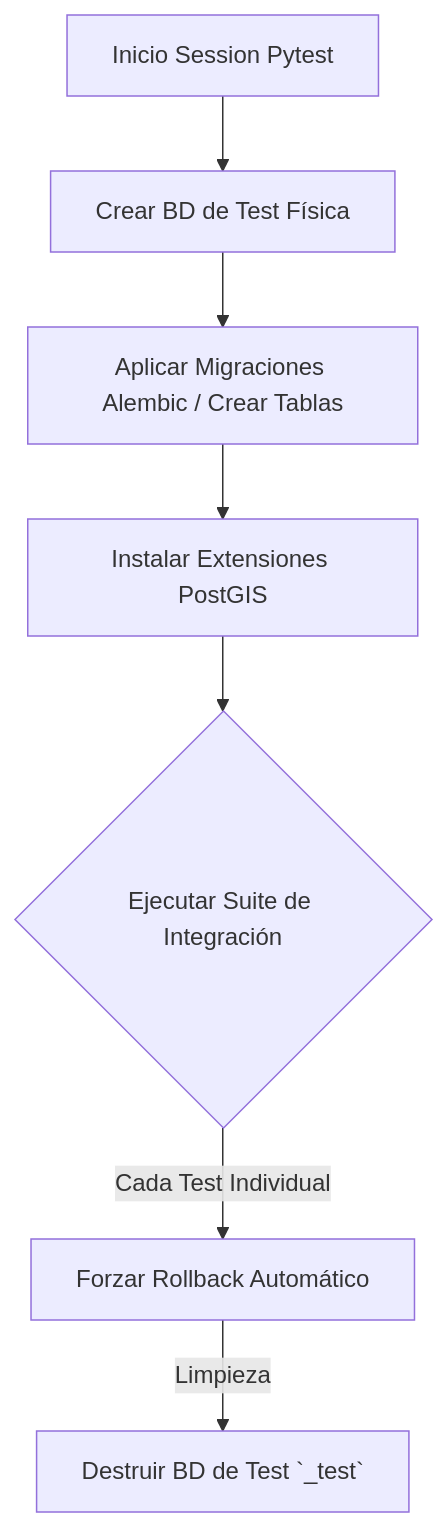
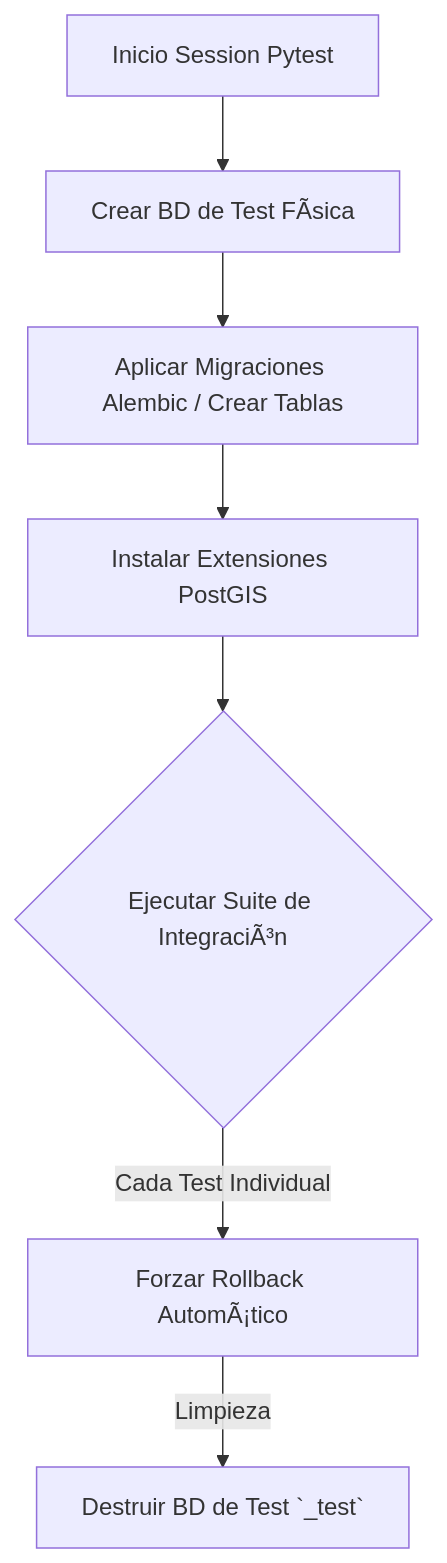
Before and after one commit to escarabajo-rinoceronte/gestor-tareas-pruebas: the diagram in tests-docs/01-plan-de-pruebas/05-plan-pruebas-integracion/infraestructura-entorno.md, drawn with Mermaid. The commit also changed other lines of this file and 39 other files, not shown here.

````diff
--- a/tests-docs/01-plan-de-pruebas/05-plan-pruebas-integracion/infraestructura-entorno.md
+++ b/tests-docs/01-plan-de-pruebas/05-plan-pruebas-integracion/infraestructura-entorno.md
@@ -31,9 +80,9 @@
 ```mermaid
 graph TD
-    A[Inicio Session Pytest] --> B[Crear BD de Test Física]
+    A[Inicio Session Pytest] --> B[Crear BD de Test FÃ­sica]
     B --> C[Aplicar Migraciones Alembic / Crear Tablas]
     C --> D[Instalar Extensiones PostGIS]
-    D --> E{Ejecutar Suite de Integración}
-    E -- Cada Test Individual --> F[Forzar Rollback Automático]
+    D --> E{Ejecutar Suite de IntegraciÃ³n}
+    E -- Cada Test Individual --> F[Forzar Rollback AutomÃ¡tico]
     F -- Limpieza --> G[Destruir BD de Test `_test`]
 ```
````
